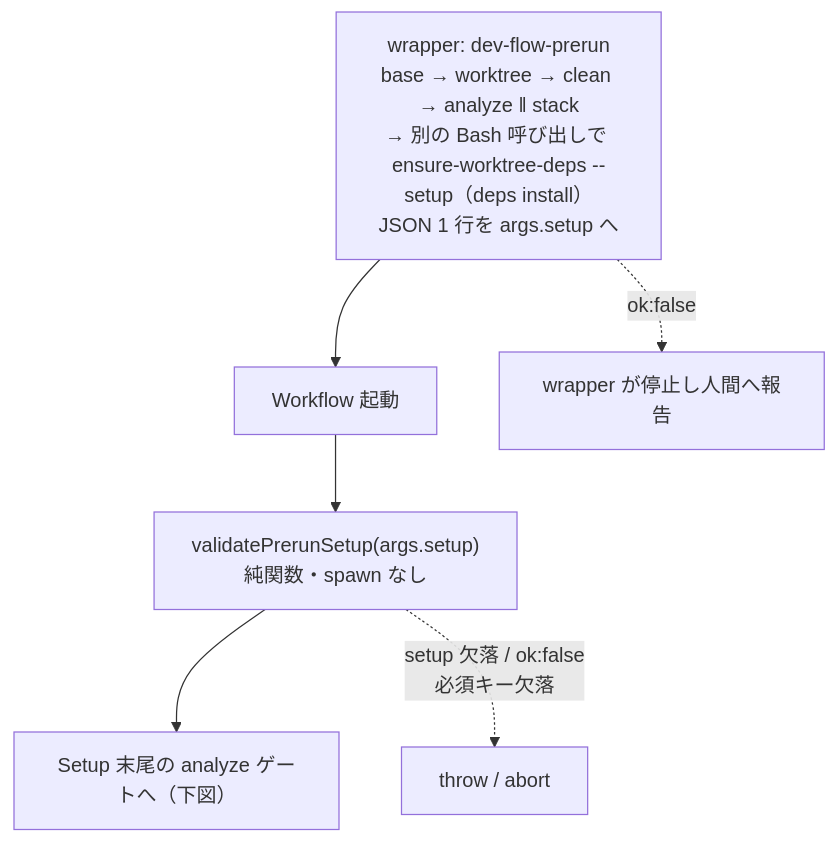
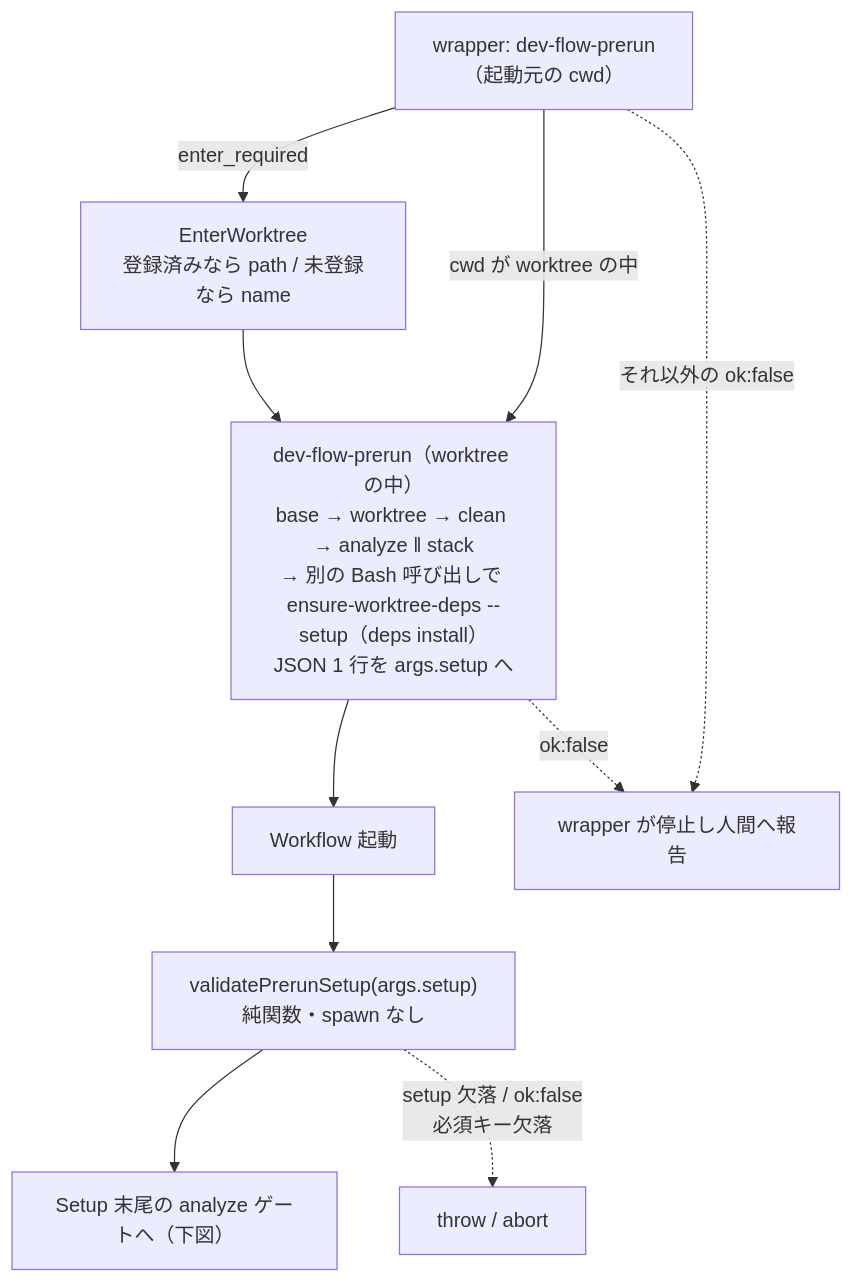
The second of 13 diagrams in docs/dev-flow-atlas.md (it-all-playpark/claude-plugins), drawn with Mermaid before and after one commit. The commit also changed other lines of this file and 11 other files, not shown here.

First line of the commit message:
fix(dev-flow): Claude Code 2.1.323 の sandbox で prerun が worktree を作れない — prerun は入るべき worktree を返し、wrapper が EnterWorktree で入ってから worktree の中で git switch する (#1423) (#1428)

````diff
--- a/docs/dev-flow-atlas.md
+++ b/docs/dev-flow-atlas.md
@@ -79,9 +82,13 @@
 ```mermaid
 flowchart TD
-    PR["wrapper: dev-flow-prerun<br/>base → worktree → clean → analyze ‖ stack<br/>→ 別の Bash 呼び出しで ensure-worktree-deps --setup（deps install）<br/>JSON 1 行を args.setup へ"] --> IN["Workflow 起動"]
+    P0["wrapper: dev-flow-prerun<br/>（起動元の cwd）"] -->|"enter_required"| EW["EnterWorktree<br/>登録済みなら path / 未登録なら name"]
+    EW --> PR
+    P0 -->|"cwd が worktree の中"| PR["dev-flow-prerun（worktree の中）<br/>base → worktree → clean → analyze ‖ stack<br/>→ 別の Bash 呼び出しで ensure-worktree-deps --setup（deps install）<br/>JSON 1 行を args.setup へ"]
+    PR --> IN["Workflow 起動"]
     IN --> S1["validatePrerunSetup(args.setup)<br/>純関数・spawn なし"]
     S1 --> OUT["Setup 末尾の analyze ゲートへ（下図）"]
 
-    PR -.->|"ok:false"| STOP["wrapper が停止し人間へ報告"]
+    P0 -.->|"それ以外の ok:false"| STOP["wrapper が停止し人間へ報告"]
+    PR -.->|"ok:false"| STOP
     S1 -.->|"setup 欠落 / ok:false<br/>必須キー欠落"| AB["throw / abort"]
 ```
````
